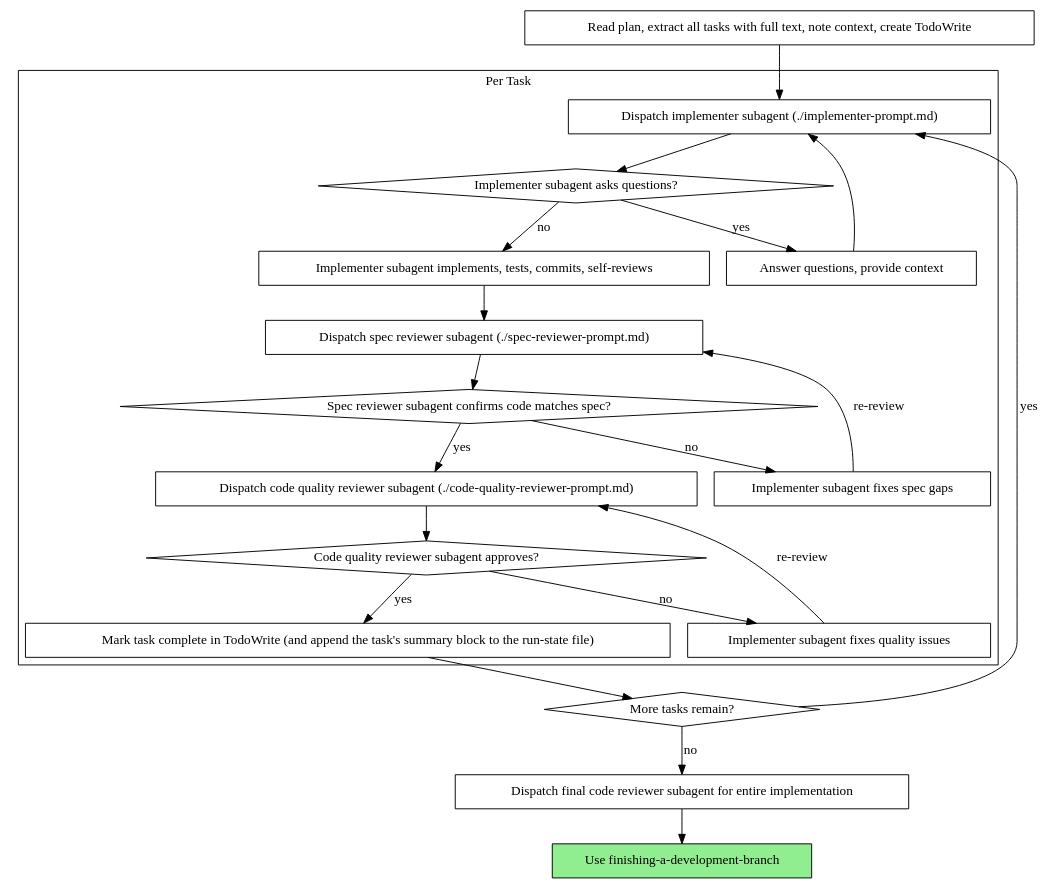
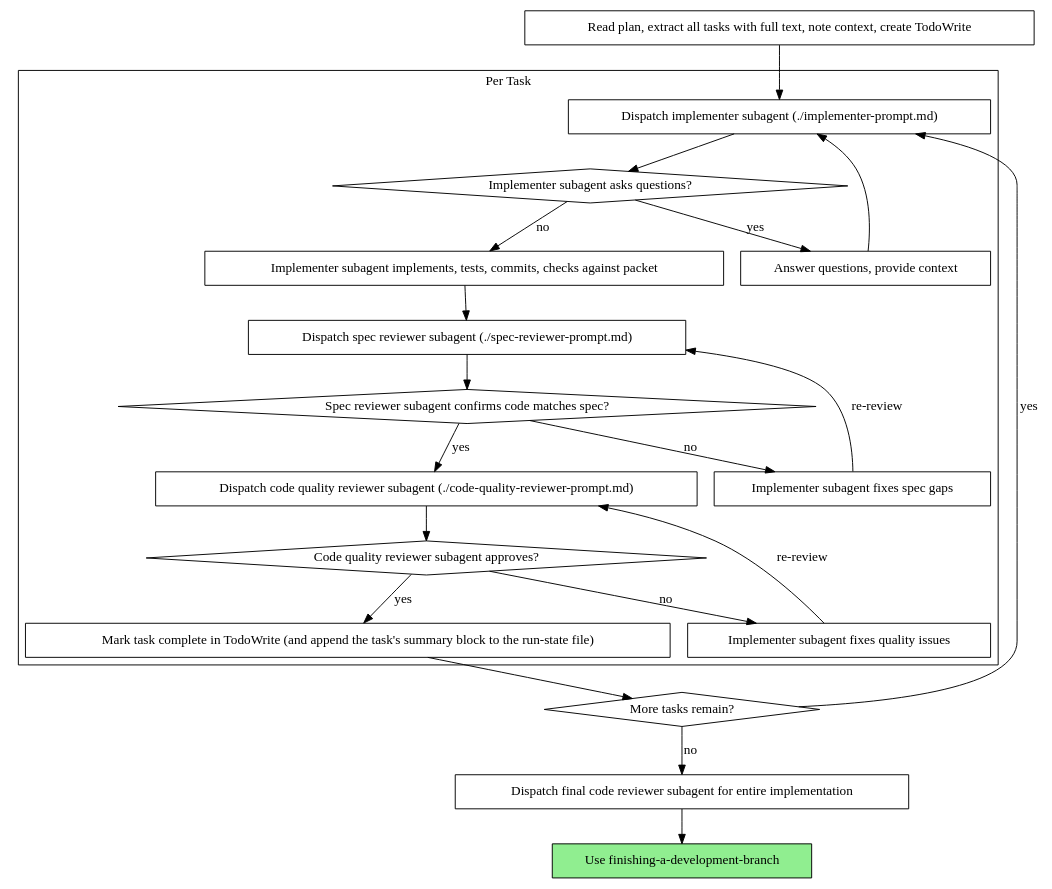
The second of 2 diagrams in plugins/keystone/skills/subagent-driven-development/SKILL.md (j-loyd/keystone), drawn with Graphviz before and after one commit. The commit also changed other lines of this file and 17 other files, not shown here.

````diff
--- a/plugins/keystone/skills/subagent-driven-development/SKILL.md
+++ b/plugins/keystone/skills/subagent-driven-development/SKILL.md
@@ -142,44 +149,44 @@
 ```dot
 digraph process {
     rankdir=TB;
 
     subgraph cluster_per_task {
         label="Per Task";
         "Dispatch implementer subagent (./implementer-prompt.md)" [shape=box];
         "Implementer subagent asks questions?" [shape=diamond];
         "Answer questions, provide context" [shape=box];
-        "Implementer subagent implements, tests, commits, self-reviews" [shape=box];
+        "Implementer subagent implements, tests, commits, checks against packet" [shape=box];
         "Dispatch spec reviewer subagent (./spec-reviewer-prompt.md)" [shape=box];
         "Spec reviewer subagent confirms code matches spec?" [shape=diamond];
         "Implementer subagent fixes spec gaps" [shape=box];
         "Dispatch code quality reviewer subagent (./code-quality-reviewer-prompt.md)" [shape=box];
         "Code quality reviewer subagent approves?" [shape=diamond];
         "Implementer subagent fixes quality issues" [shape=box];
         "Mark task complete in TodoWrite (and append the task's summary block to the run-state file)" [shape=box];
     }
 
     "Read plan, extract all tasks with full text, note context, create TodoWrite" [shape=box];
     "More tasks remain?" [shape=diamond];
     "Dispatch final code reviewer subagent for entire implementation" [shape=box];
     "Use finishing-a-development-branch" [shape=box style=filled fillcolor=lightgreen];
 
     "Read plan, extract all tasks with full text, note context, create TodoWrite" -> "Dispatch implementer subagent (./implementer-prompt.md)";
     "Dispatch implementer subagent (./implementer-prompt.md)" -> "Implementer subagent asks questions?";
     "Implementer subagent asks questions?" -> "Answer questions, provide context" [label="yes"];
     "Answer questions, provide context" -> "Dispatch implementer subagent (./implementer-prompt.md)";
-    "Implementer subagent asks questions?" -> "Implementer subagent implements, tests, commits, self-reviews" [label="no"];
-    "Implementer subagent implements, tests, commits, self-reviews" -> "Dispatch spec reviewer subagent (./spec-reviewer-prompt.md)";
+    "Implementer subagent asks questions?" -> "Implementer subagent implements, tests, commits, checks against packet" [label="no"];
+    "Implementer subagent implements, tests, commits, checks against packet" -> "Dispatch spec reviewer subagent (./spec-reviewer-prompt.md)";
     "Dispatch spec reviewer subagent (./spec-reviewer-prompt.md)" -> "Spec reviewer subagent confirms code matches spec?";
     "Spec reviewer subagent confirms code matches spec?" -> "Implementer subagent fixes spec gaps" [label="no"];
     "Implementer subagent fixes spec gaps" -> "Dispatch spec reviewer subagent (./spec-reviewer-prompt.md)" [label="re-review"];
     "Spec reviewer subagent confirms code matches spec?" -> "Dispatch code quality reviewer subagent (./code-quality-reviewer-prompt.md)" [label="yes"];
     "Dispatch code quality reviewer subagent (./code-quality-reviewer-prompt.md)" -> "Code quality reviewer subagent approves?";
     "Code quality reviewer subagent approves?" -> "Implementer subagent fixes quality issues" [label="no"];
     "Implementer subagent fixes quality issues" -> "Dispatch code quality reviewer subagent (./code-quality-reviewer-prompt.md)" [label="re-review"];
     "Code quality reviewer subagent approves?" -> "Mark task complete in TodoWrite (and append the task's summary block to the run-state file)" [label="yes"];
     "Mark task complete in TodoWrite (and append the task's summary block to the run-state file)" -> "More tasks remain?";
     "More tasks remain?" -> "Dispatch implementer subagent (./implementer-prompt.md)" [label="yes"];
     "More tasks remain?" -> "Dispatch final code reviewer subagent for entire implementation" [label="no"];
     "Dispatch final code reviewer subagent for entire implementation" -> "Use finishing-a-development-branch";
 }
 ```
````
